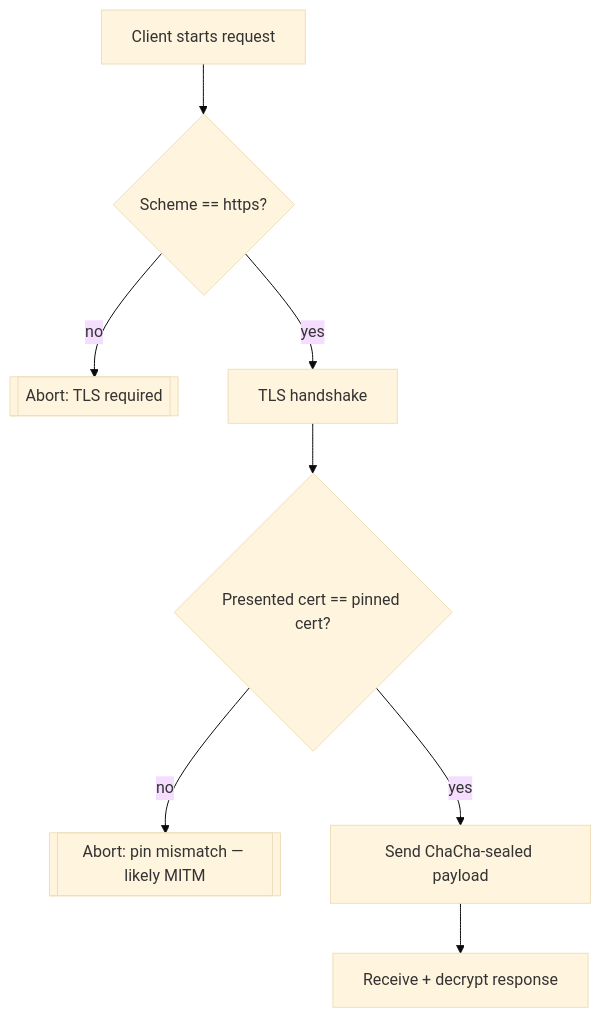
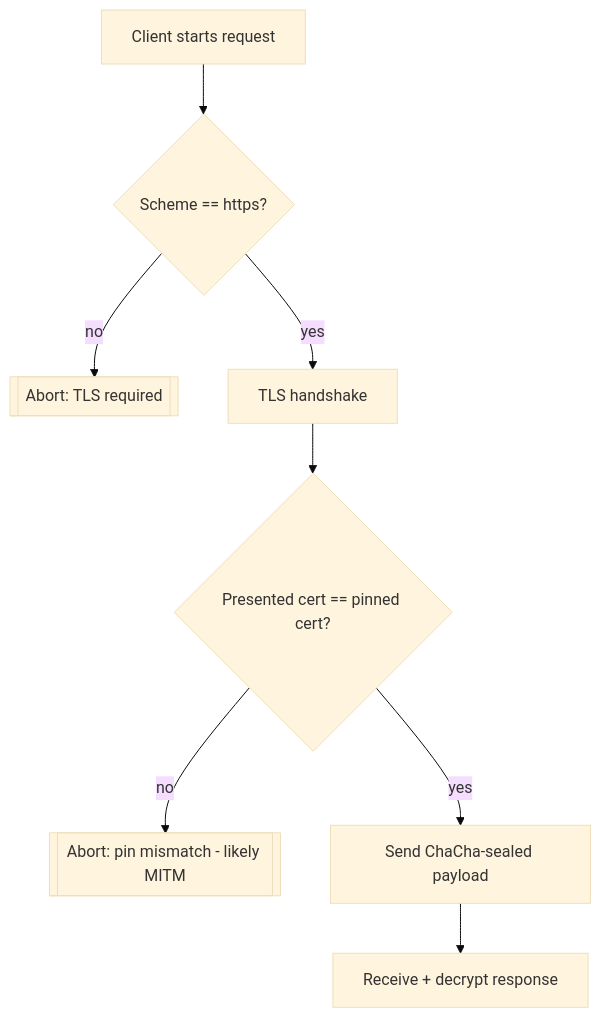
Before and after one commit to rllko/Multi-Tenant-Auth-Service: the fourth of 4 diagrams in README.md, drawn with Mermaid (base theme). The commit also changed other lines of this file, not shown here.

````diff
--- a/README.md
+++ b/README.md
@@ -292,10 +246,10 @@
 ```mermaid
 flowchart TD
     A[Client starts request] --> B{Scheme == https?}
     B -- no --> X[["Abort: TLS required"]]
     B -- yes --> C[TLS handshake]
     C --> D{Presented cert == pinned cert?}
-    D -- no --> Y[["Abort: pin mismatch — likely MITM"]]
+    D -- no --> Y[["Abort: pin mismatch - likely MITM"]]
     D -- yes --> E[Send ChaCha-sealed payload]
     E --> F[Receive + decrypt response]
 ```
````
